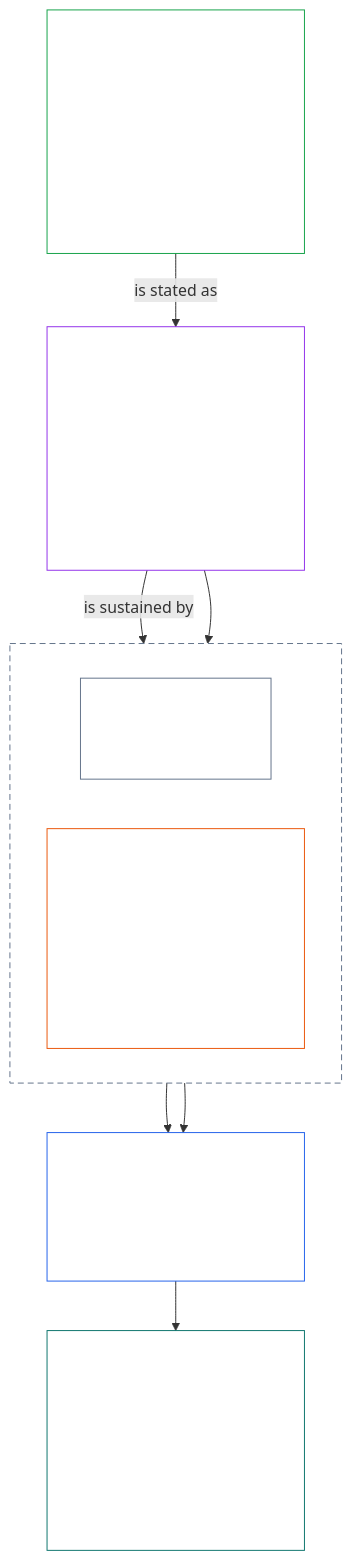
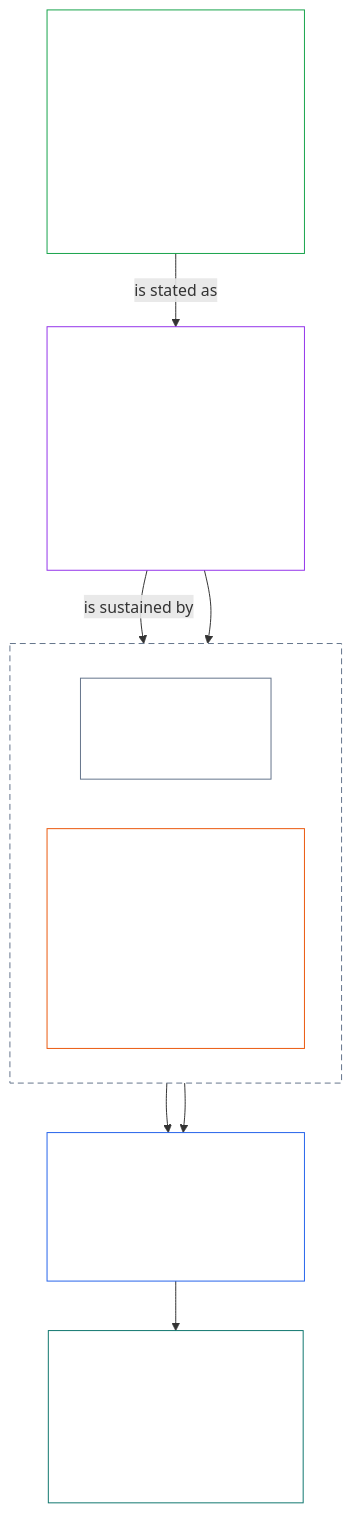
Before and after one commit to kfoelsch/Sentient_Constitution: the second of 3 diagrams in core_01_a_values_principles.md, drawn with Mermaid. The commit also changed other lines of this file and 26 other files, not shown here.

````diff
--- a/core_01_a_values_principles.md
+++ b/core_01_a_values_principles.md
@@ -200,25 +200,25 @@
 ```mermaid
 flowchart TB
     F["Flourishing aim<br/><br/>• Sentient wellbeing sustained through truth, safety,<br/>trustworthiness, and meaningful agency<br/>• Always bounded by the Rights Floor"]
     W["§3 Wellbeing (the outcome)<br/><br/>• §3.1 Fairness<br/>• §3.2 Recognition, Reinforcement, and Aspiration<br/>• §3.3 Anti-Degrading Process"]
     subgraph NN["Non-Negotiable (§2.1)"]
         direction LR
         S["§4 Safety<br/><br/>• Harm constraint"]
         T["§5 Truth<br/><br/>• Epistemic integrity<br/>• §5.1 Science-Informed Inquiry<br/>and Decision Support<br/>• §5.2 Plain-Language Accessibility"]
     end
     R["§6 Trust<br/><br/>• Coordination integrity<br/>• §6.1 Correction and Remedy"]
-    G["§7 Freedom<br/><br/>• Bounded agency<br/>• §7.1 Limitation Discipline<br/>• §7.2 to §7.5 Exit, assembly,<br/>dissent, and worldview neutrality"]
+    G["§7 Freedom<br/><br/>• Bounded agency<br/>• §7.1 Limitation Discipline<br/>• §7.2 to §7.4 Assembly,<br/>dissent, and exit"]
     F -->|"is stated as"| W
     W -->|"is sustained by"| S
     W --> T
     S --> R
     T --> R
     R --> G
     style NN fill:none,stroke:#64748b,stroke-dasharray:6 4,color:#ffffff
     style F fill:none,stroke:#16a34a,color:#ffffff
     style W fill:none,stroke:#9333ea,color:#ffffff
     style S fill:none,stroke:#64748b,color:#ffffff
     style T fill:none,stroke:#ea580c,color:#ffffff
     style R fill:none,stroke:#2563eb,color:#ffffff
     style G fill:none,stroke:#0f766e,color:#ffffff
 ```
````
